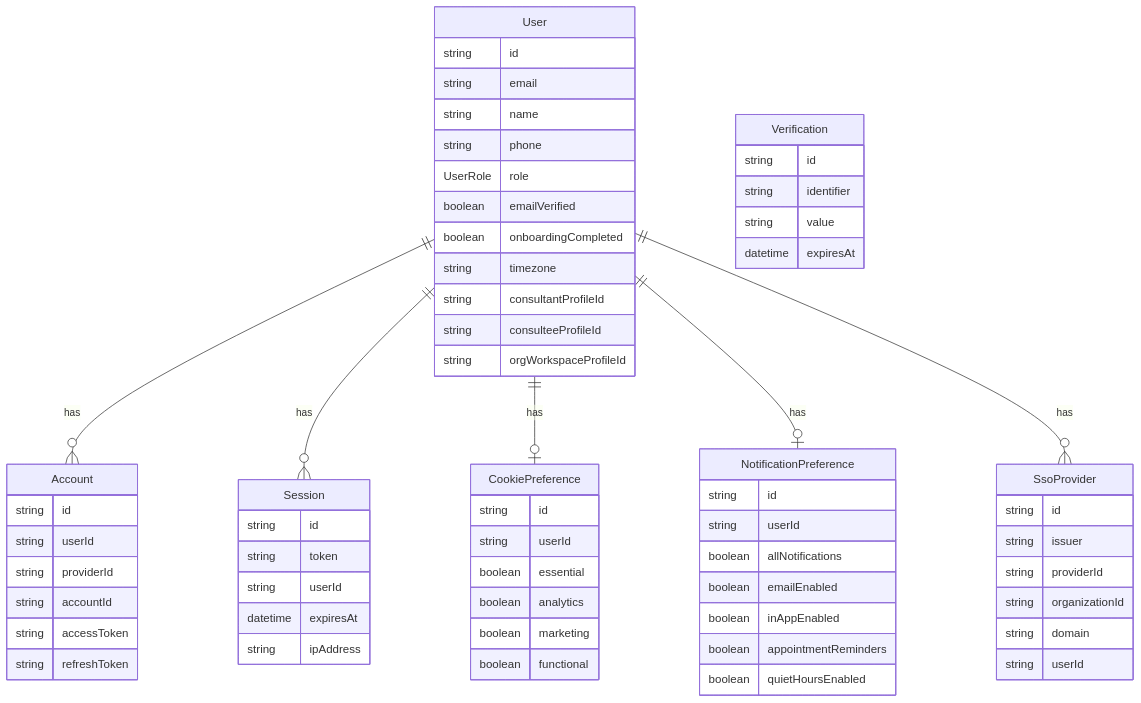
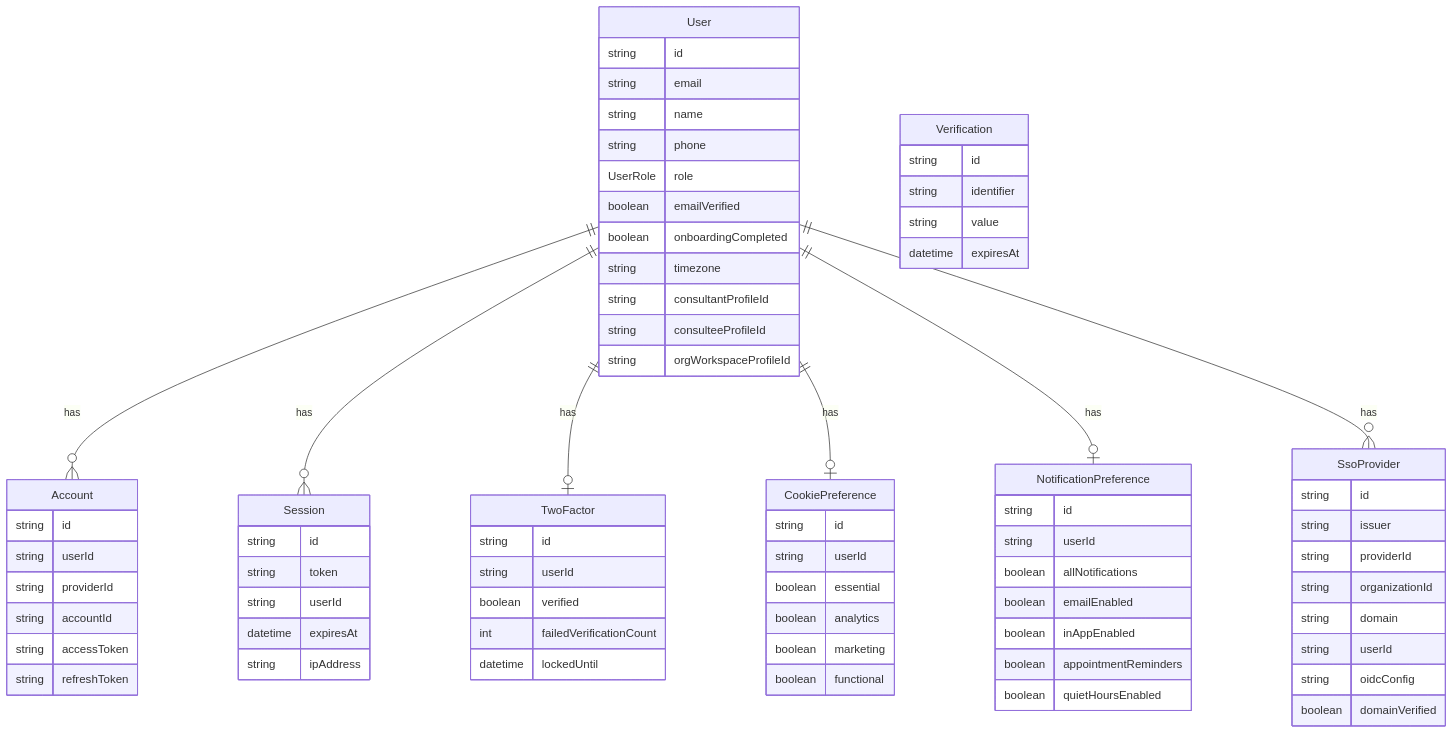
One commit to Practitionist/familiarise_web changed the second of 24 diagrams in docs/prisma/00-schema-map.md. Above: the diagram before and after it, drawn with Mermaid. The commit also changed other lines of this file and 2 other files, not shown here.

Commit message:
docs(compliance): drop SCIM and break-glass from the schema map and compliance notes
SCIM, its token tables and OrganizationSSOSettings.breakGlassUntil were
removed before launch, but the schema map, the RLS memo and the India
compliance checklist still described them as shipped. The RLS memo also
now records that the anon and authenticated roles have no grants on
public, which closes the anon-key read path it listed as open.

````diff
--- a/docs/prisma/00-schema-map.md
+++ b/docs/prisma/00-schema-map.md
@@ -158,68 +158,78 @@
 ```mermaid
 erDiagram
     User {
         string id
         string email
         string name
         string phone
         UserRole role
         boolean emailVerified
         boolean onboardingCompleted
         string timezone
         string consultantProfileId
         string consulteeProfileId
         string orgWorkspaceProfileId
     }
     Account {
         string id
         string userId
         string providerId
         string accountId
         string accessToken
         string refreshToken
     }
     Session {
         string id
         string token
         string userId
         datetime expiresAt
         string ipAddress
     }
     Verification {
         string id
         string identifier
         string value
         datetime expiresAt
     }
     SsoProvider {
         string id
         string issuer
         string providerId
         string organizationId
         string domain
         string userId
+        string oidcConfig
+        boolean domainVerified
+    }
+    TwoFactor {
+        string id
+        string userId
+        boolean verified
+        int failedVerificationCount
+        datetime lockedUntil
     }
     CookiePreference {
         string id
         string userId
         boolean essential
         boolean analytics
         boolean marketing
         boolean functional
     }
     NotificationPreference {
         string id
         string userId
         boolean allNotifications
         boolean emailEnabled
         boolean inAppEnabled
         boolean appointmentReminders
         boolean quietHoursEnabled
     }
 
     User ||--o{ Account : "has"
     User ||--o{ Session : "has"
+    User ||--o| TwoFactor : "has"
     User ||--o| CookiePreference : "has"
     User ||--o| NotificationPreference : "has"
     User ||--o{ SsoProvider : "has"
 ```
````
